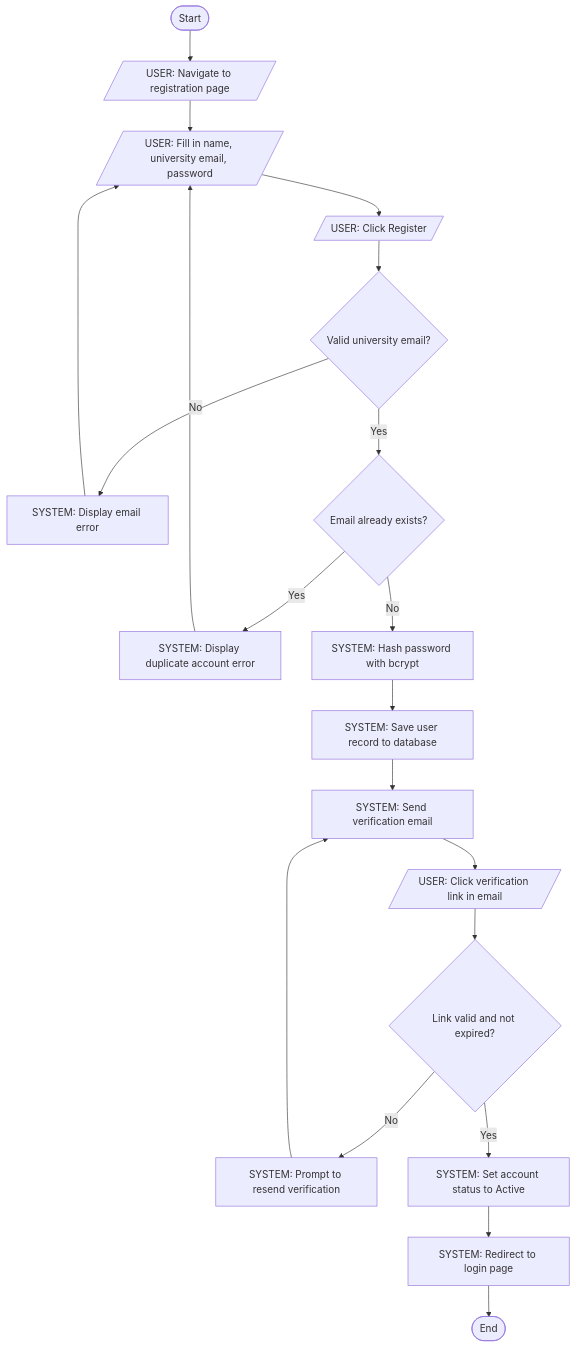
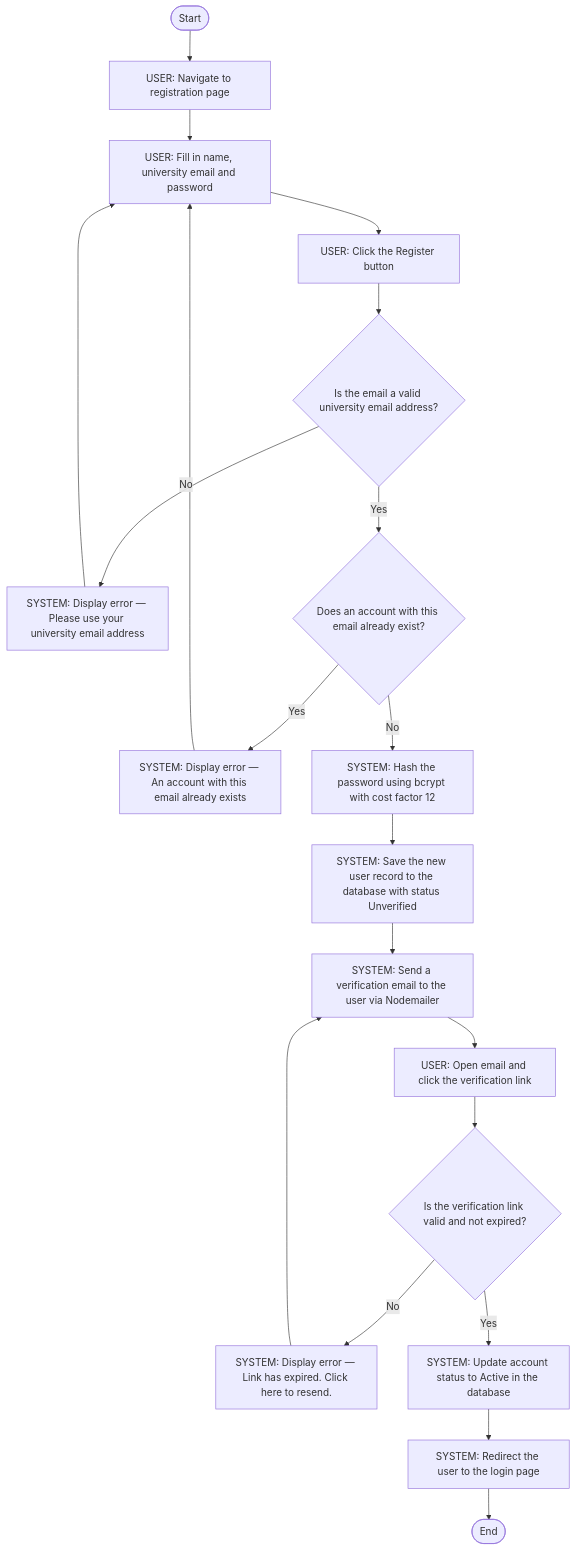
The first of 8 diagrams in ACTIVITY_DIAGRAMS.md (Skiet88/campus-lost-and-found), drawn with Mermaid before and after one commit. The commit also changed other lines of this file, not shown here.

````diff
--- a/ACTIVITY_DIAGRAMS.md
+++ b/ACTIVITY_DIAGRAMS.md
@@ -16,24 +16,23 @@
 ```mermaid
 flowchart TD
-    S([Start]) --> A
-
-    A[/"USER: Navigate to registration page"/]
-    A --> B[/"USER: Fill in name, university email, password"/]
-    B --> C[/"USER: Click Register"/]
-    C --> D{Valid university email?}
-    D -->|No| E["SYSTEM: Display email error"]
-    E --> B
-    D -->|Yes| F{Email already exists?}
-    F -->|Yes| G["SYSTEM: Display duplicate account error"]
-    G --> B
-    F -->|No| H["SYSTEM: Hash password with bcrypt"]
-    H --> I["SYSTEM: Save user record to database"]
-    I --> J["SYSTEM: Send verification email"]
-    J --> K[/"USER: Click verification link in email"/]
-    K --> L{Link valid and not expired?}
-    L -->|No| M["SYSTEM: Prompt to resend verification"]
-    M --> J
-    L -->|Yes| N["SYSTEM: Set account status to Active"]
-    N --> O["SYSTEM: Redirect to login page"]
-    O --> E1([End])
+    S([Start]) --> A1
+    A1["USER: Navigate to registration page"]
+    A1 --> A2["USER: Fill in name, university email and password"]
+    A2 --> A3["USER: Click the Register button"]
+    A3 --> D1{Is the email a valid university email address?}
+    D1 -->|No| A4["SYSTEM: Display error — Please use your university email address"]
+    A4 --> A2
+    D1 -->|Yes| D2{Does an account with this email already exist?}
+    D2 -->|Yes| A5["SYSTEM: Display error — An account with this email already exists"]
+    A5 --> A2
+    D2 -->|No| A6["SYSTEM: Hash the password using bcrypt with cost factor 12"]
+    A6 --> A7["SYSTEM: Save the new user record to the database with status Unverified"]
+    A7 --> A8["SYSTEM: Send a verification email to the user via Nodemailer"]
+    A8 --> A9["USER: Open email and click the verification link"]
+    A9 --> D3{Is the verification link valid and not expired?}
+    D3 -->|No| A10["SYSTEM: Display error — Link has expired. Click here to resend."]
+    A10 --> A8
+    D3 -->|Yes| A11["SYSTEM: Update account status to Active in the database"]
+    A11 --> A12["SYSTEM: Redirect the user to the login page"]
+    A12 --> E([End])
 ```
````
